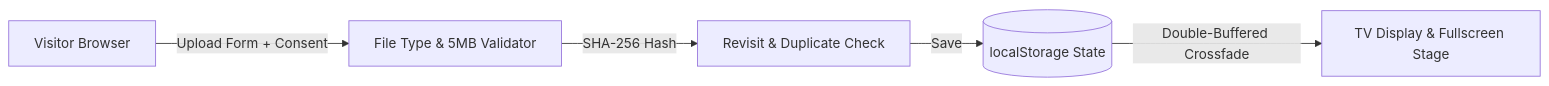
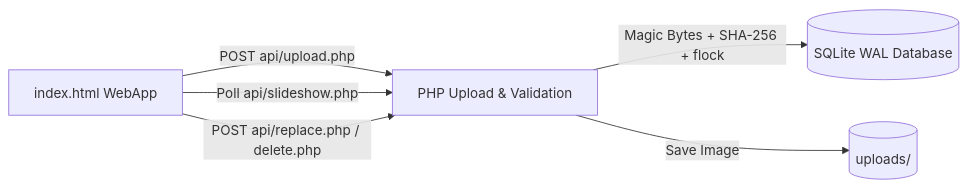
Before and after one commit to EKTA-Developerr/visitor-photo-slideshow-Ekta-webapp: the diagram in ARCHITECTURE.md, drawn with Mermaid. The commit also changed other lines of this file and 15 other files, not shown here.

Commit message:
feat: connect WebApp frontend to PHP + SQLite database endpoints without changing UI

````diff
--- a/ARCHITECTURE.md
+++ b/ARCHITECTURE.md
@@ -8,7 +13,8 @@
 ```mermaid
 flowchart LR
-    User[Visitor Browser] -->|Upload Form + Consent| Val[File Type & 5MB Validator]
-    Val -->|SHA-256 Hash| Dup[Revisit & Duplicate Check]
-    Dup -->|Save| Store[(localStorage State)]
-    Store -->|Double-Buffered Crossfade| TV[TV Display & Fullscreen Stage]
+    Browser[index.html WebApp] -->|POST api/upload.php| API[PHP Upload & Validation]
+    API -->|Magic Bytes + SHA-256 + flock| DB[(SQLite WAL Database)]
+    API -->|Save Image| Disk[(uploads/)]
+    Browser -->|Poll api/slideshow.php| API
+    Browser -->|POST api/replace.php / delete.php| API
 ```
````
